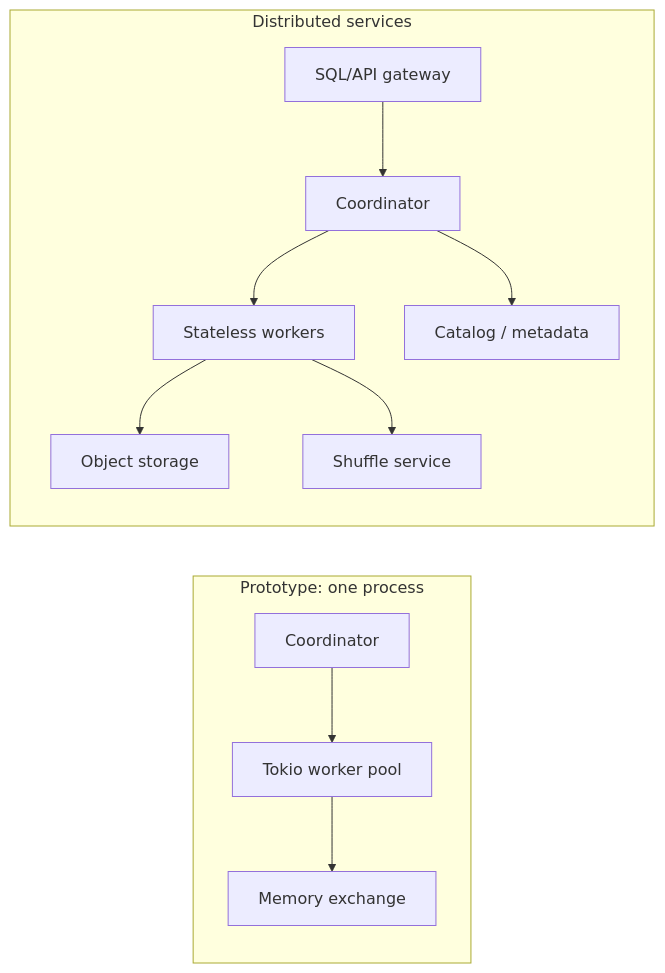
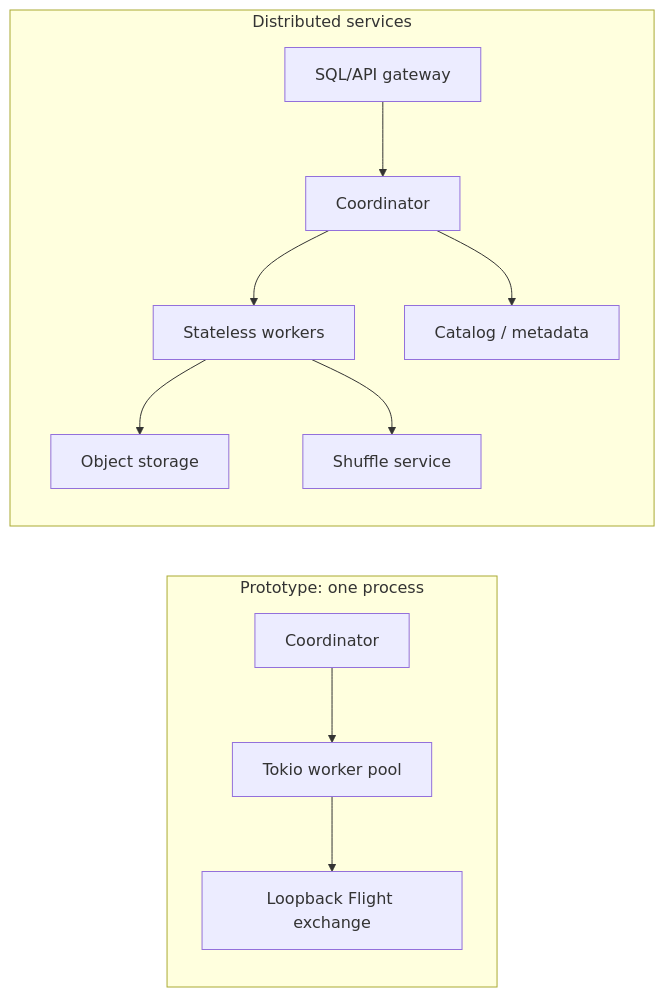
Before and after one commit to khantnhl/SparkX-Distributed-Query-Engine: the fifth of 5 diagrams in docs/ARCHITECTURE.md, drawn with Mermaid. The commit also changed other lines of this file and 12 other files, not shown here.

Commit message:
feat: route shuffle through loopback flight

````diff
--- a/docs/ARCHITECTURE.md
+++ b/docs/ARCHITECTURE.md
@@ -230,14 +230,14 @@
 ```mermaid
 flowchart LR
     subgraph Now["Prototype: one process"]
         C0["Coordinator"] --> WP["Tokio worker pool"]
-        WP --> MX["Memory exchange"]
+        WP --> MX["Loopback Flight exchange"]
     end
     subgraph Next["Distributed services"]
         API["SQL/API gateway"] --> CO["Coordinator"]
         CO --> W["Stateless workers"]
         W --> OS["Object storage"]
         W --> SH["Shuffle service"]
         CO --> META["Catalog / metadata"]
     end
 ```
````
